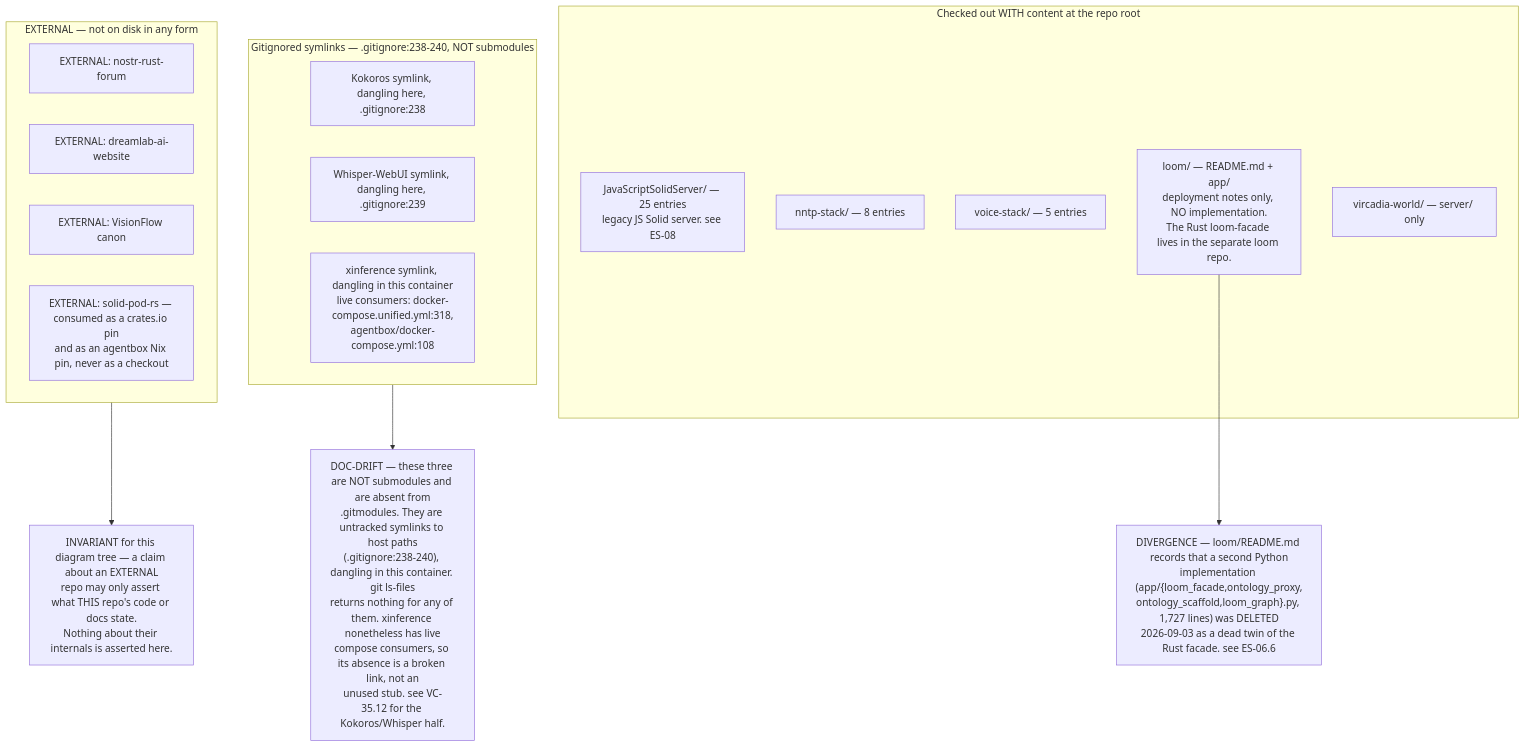
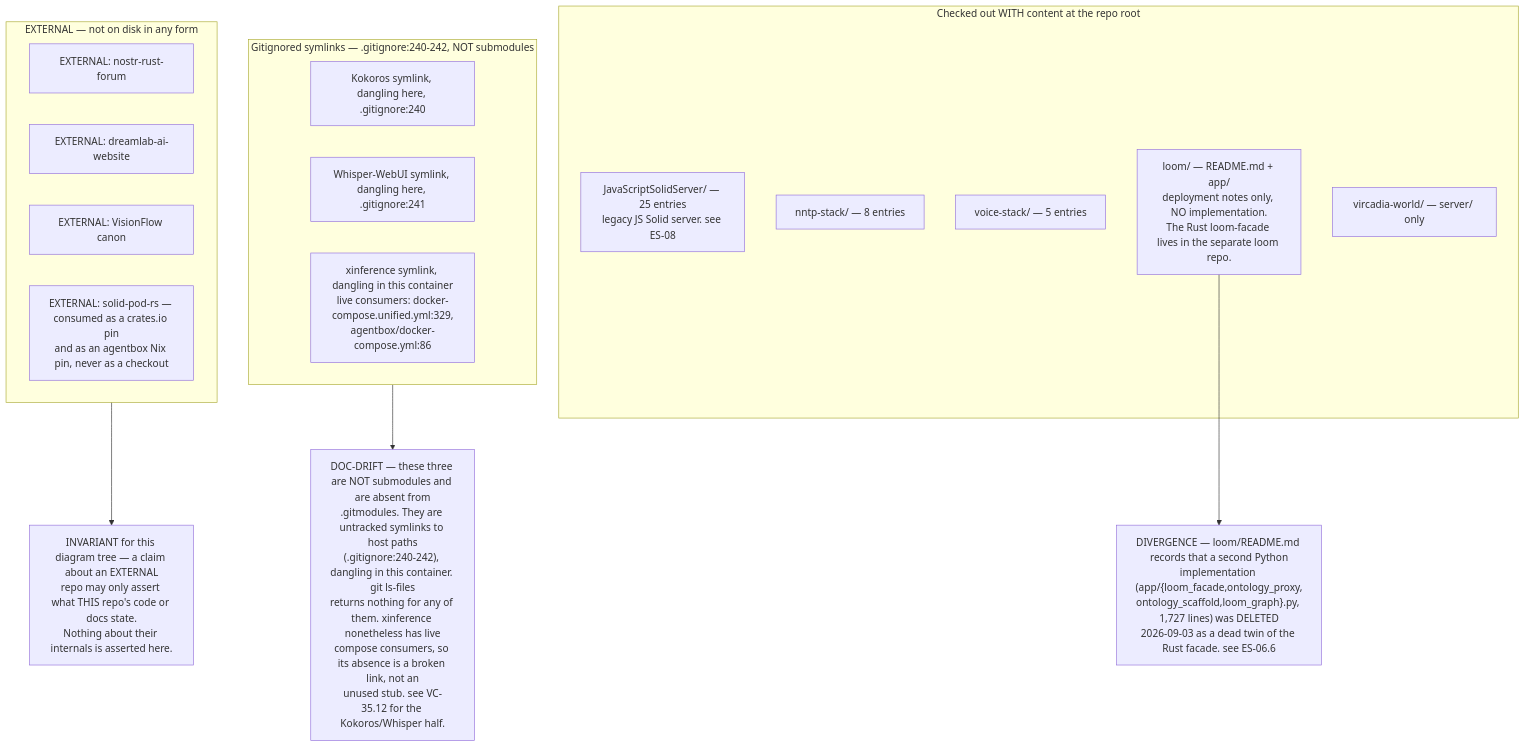
The sixth of 8 diagrams in docs/diagrams/estate/01-estate-topology.md (DreamLab-AI/VisionFlow), drawn with Mermaid before and after one commit. The commit also changed other lines of this file and 94 other files, not shown here.

First line of the commit message:
docs(diagrams): re-verify 130 topics against 2 October HEADs

````diff
--- a/docs/diagrams/estate/01-estate-topology.md
+++ b/docs/diagrams/estate/01-estate-topology.md
@@ -241,29 +242,29 @@
 ```mermaid
 flowchart TB
     subgraph real["Checked out WITH content at the repo root"]
         R1["JavaScriptSolidServer/ — 25 entries<br/>legacy JS Solid server. see ES-08"]
         R2["nntp-stack/ — 8 entries"]
         R3["voice-stack/ — 5 entries"]
         R4["loom/ — README.md + app/<br/>deployment notes only, NO implementation.<br/>The Rust loom-facade lives in the separate loom repo."]
         R5["vircadia-world/ — server/ only"]
     end
-    subgraph stub["Gitignored symlinks — .gitignore:238-240, NOT submodules"]
-        S1["Kokoros symlink, dangling here, .gitignore:238"]
-        S2["Whisper-WebUI symlink, dangling here, .gitignore:239"]
-        S3["xinference symlink, dangling in this container<br/>live consumers: docker-compose.unified.yml:318,<br/>agentbox/docker-compose.yml:108"]
+    subgraph stub["Gitignored symlinks — .gitignore:240-242, NOT submodules"]
+        S1["Kokoros symlink, dangling here, .gitignore:240"]
+        S2["Whisper-WebUI symlink, dangling here, .gitignore:241"]
+        S3["xinference symlink, dangling in this container<br/>live consumers: docker-compose.unified.yml:329,<br/>agentbox/docker-compose.yml:86"]
     end
     subgraph ext["EXTERNAL — not on disk in any form"]
         E1["EXTERNAL: nostr-rust-forum"]
         E2["EXTERNAL: dreamlab-ai-website"]
         E3["EXTERNAL: VisionFlow canon"]
         E4["EXTERNAL: solid-pod-rs — consumed as a crates.io pin<br/>and as an agentbox Nix pin, never as a checkout"]
     end
 
     WARN["INVARIANT for this diagram tree — a claim about an EXTERNAL<br/>repo may only assert what THIS repo's code or docs state.<br/>Nothing about their internals is asserted here."]
-    D1["DOC-DRIFT — these three are NOT submodules and are absent from<br/>.gitmodules. They are untracked symlinks to host paths<br/>(.gitignore:238-240), dangling in this container. git ls-files<br/>returns nothing for any of them. xinference nonetheless has live<br/>compose consumers, so its absence is a broken link, not an<br/>unused stub. see VC-35.12 for the Kokoros/Whisper half."]
+    D1["DOC-DRIFT — these three are NOT submodules and are absent from<br/>.gitmodules. They are untracked symlinks to host paths<br/>(.gitignore:240-242), dangling in this container. git ls-files<br/>returns nothing for any of them. xinference nonetheless has live<br/>compose consumers, so its absence is a broken link, not an<br/>unused stub. see VC-35.12 for the Kokoros/Whisper half."]
     D2["DIVERGENCE — loom/README.md records that a second Python<br/>implementation (app/{loom_facade,ontology_proxy,<br/>ontology_scaffold,loom_graph}.py, 1,727 lines) was DELETED<br/>2026-09-03 as a dead twin of the Rust facade. see ES-06.6"]
 
     stub --> D1
     R4 --> D2
     ext --> WARN
 ```
````
